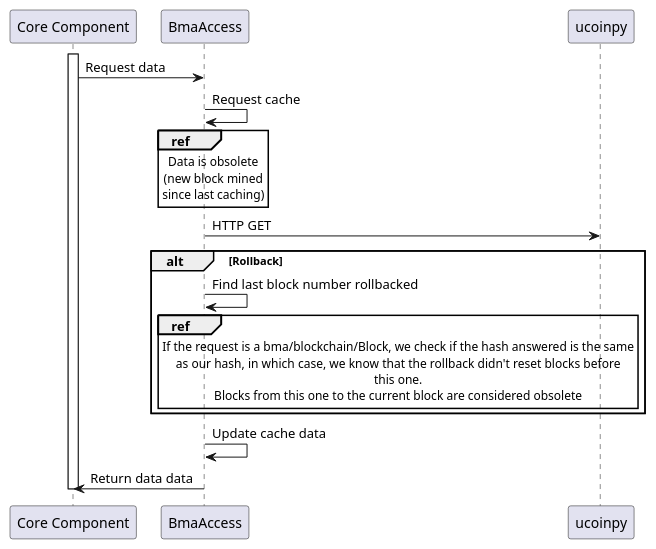
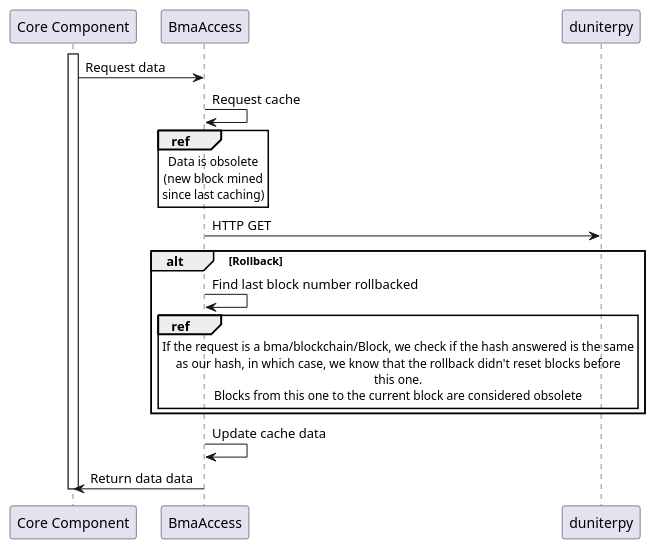
One commit to duniter/sakia changed the diagram in doc/uml/requests.pu. Above: the diagram before and after it, drawn with PlantUML. The commit also changed 56 other files, not shown here.

```diff
--- a/doc/uml/requests.pu
+++ b/doc/uml/requests.pu
@@ -1,27 +1,27 @@
 @startuml
 
 activate "Core Component"
 "Core Component" -> BmaAccess : Request data
 BmaAccess -> BmaAccess : Request cache
 ref over BmaAccess
     Data is obsolete
     (new block mined
     since last caching)
 end ref
-BmaAccess -> ucoinpy : HTTP GET
+BmaAccess -> duniterpy : HTTP GET
 alt Rollback
 BmaAccess -> BmaAccess : Find last block number rollbacked
 ref over BmaAccess
     If the request is a bma/blockchain/Block, we check if the hash answered is the same
     as our hash, in which case, we know that the rollback didn't reset blocks before
     this one.
     Blocks from this one to the current block are considered obsolete
 end ref
 end
 BmaAccess -> BmaAccess : Update cache data
 
 "Core Component" <- BmaAccess : Return data data
 deactivate "Core Component"
 
 
 @enduml
```
